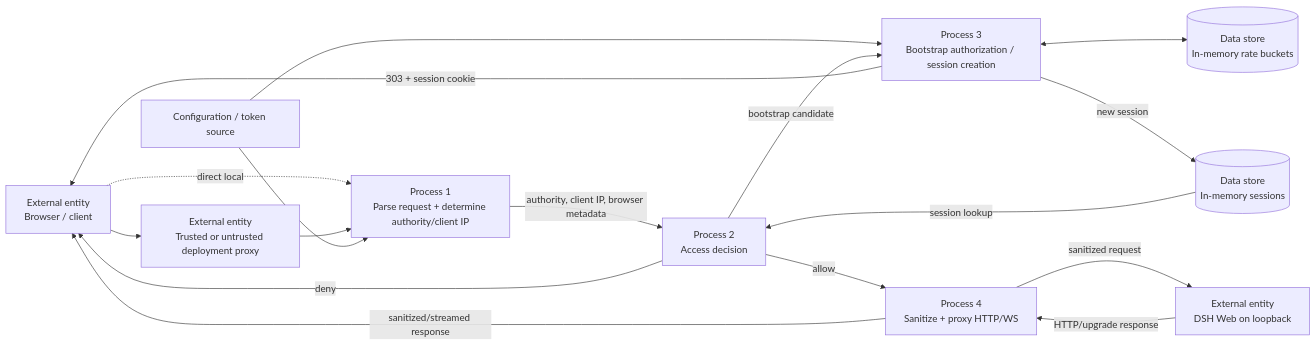
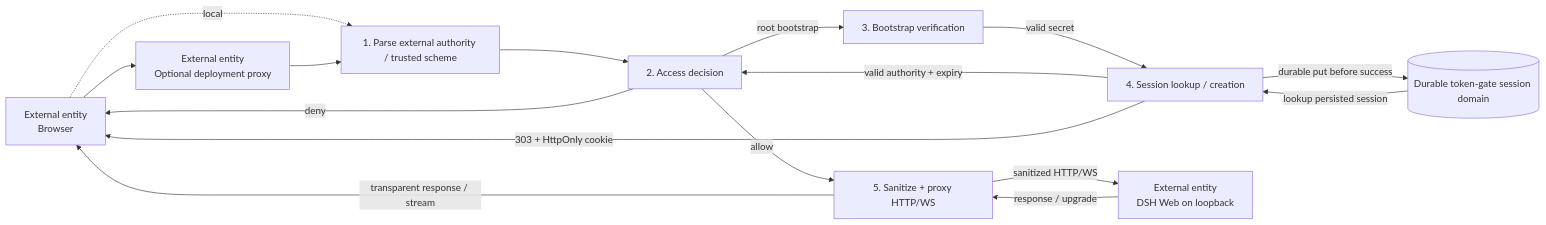
One commit to Ri0n72Y/dsh-token-gate changed the fourth of 9 diagrams in spec/architecture.md. Above: the diagram before and after it, drawn with Mermaid. The commit also changed other lines of this file, not shown here.

Commit message:
docs: redesign architecture from product requirements

````diff
--- a/spec/architecture.md
+++ b/spec/architecture.md
@@ -83,30 +144,28 @@
 ```mermaid
 flowchart LR
-    B["External entity\nBrowser / client"]
-    RP["External entity\nTrusted or untrusted deployment proxy"]
-    P1["Process 1\nParse request + determine authority/client IP"]
-    P2["Process 2\nAccess decision"]
-    P3["Process 3\nBootstrap authorization / session creation"]
-    P4["Process 4\nSanitize + proxy HTTP/WS"]
-    D1[("Data store\nIn-memory sessions")]
-    D2[("Data store\nIn-memory rate buckets")]
-    C1["Configuration / token source"]
+    B["External entity\nBrowser"]
+    RP["External entity\nOptional deployment proxy"]
+    PARSE["1. Parse external authority / trusted scheme"]
+    ACCESS["2. Access decision"]
+    BOOT["3. Bootstrap verification"]
+    SESS["4. Session lookup / creation"]
+    PX["5. Sanitize + proxy HTTP/WS"]
+    DS[("Durable token-gate session domain")]
     DSH["External entity\nDSH Web on loopback"]
 
     B --> RP
-    B -. direct local .-> P1
-    RP --> P1
-    C1 --> P1
-    C1 --> P3
-    P1 -->|authority, client IP, browser metadata| P2
-    P2 -->|bootstrap candidate| P3
-    P3 <--> D2
-    P3 -->|new session| D1
-    D1 -->|session lookup| P2
-    P2 -->|allow| P4
-    P2 -->|deny| B
-    P3 -->|303 + session cookie| B
-    P4 -->|sanitized request| DSH
-    DSH -->|HTTP/upgrade response| P4
-    P4 -->|sanitized/streamed response| B
+    B -. local .-> PARSE
+    RP --> PARSE
+    PARSE --> ACCESS
+    ACCESS -->|root bootstrap| BOOT
+    BOOT -->|valid secret| SESS
+    SESS -->|durable put before success| DS
+    DS -->|lookup persisted session| SESS
+    SESS -->|valid authority + expiry| ACCESS
+    ACCESS -->|allow| PX
+    ACCESS -->|deny| B
+    SESS -->|303 + HttpOnly cookie| B
+    PX -->|sanitized HTTP/WS| DSH
+    DSH -->|response / upgrade| PX
+    PX -->|transparent response / stream| B
 ```
````
